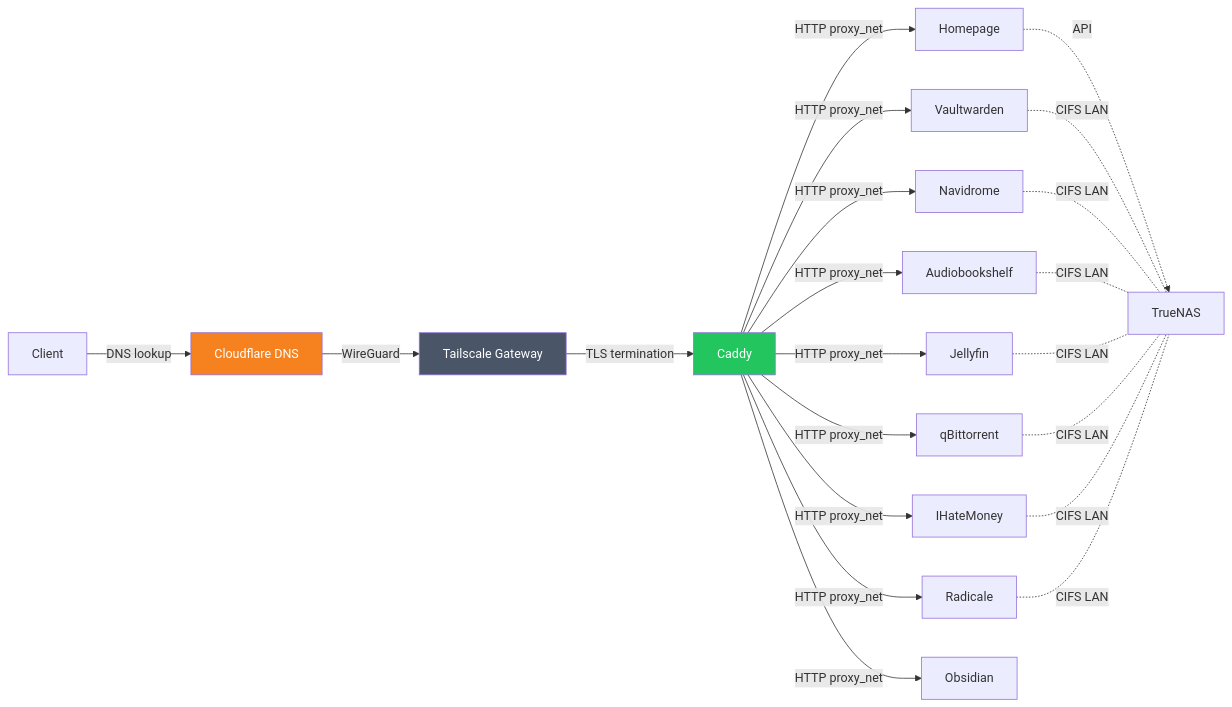
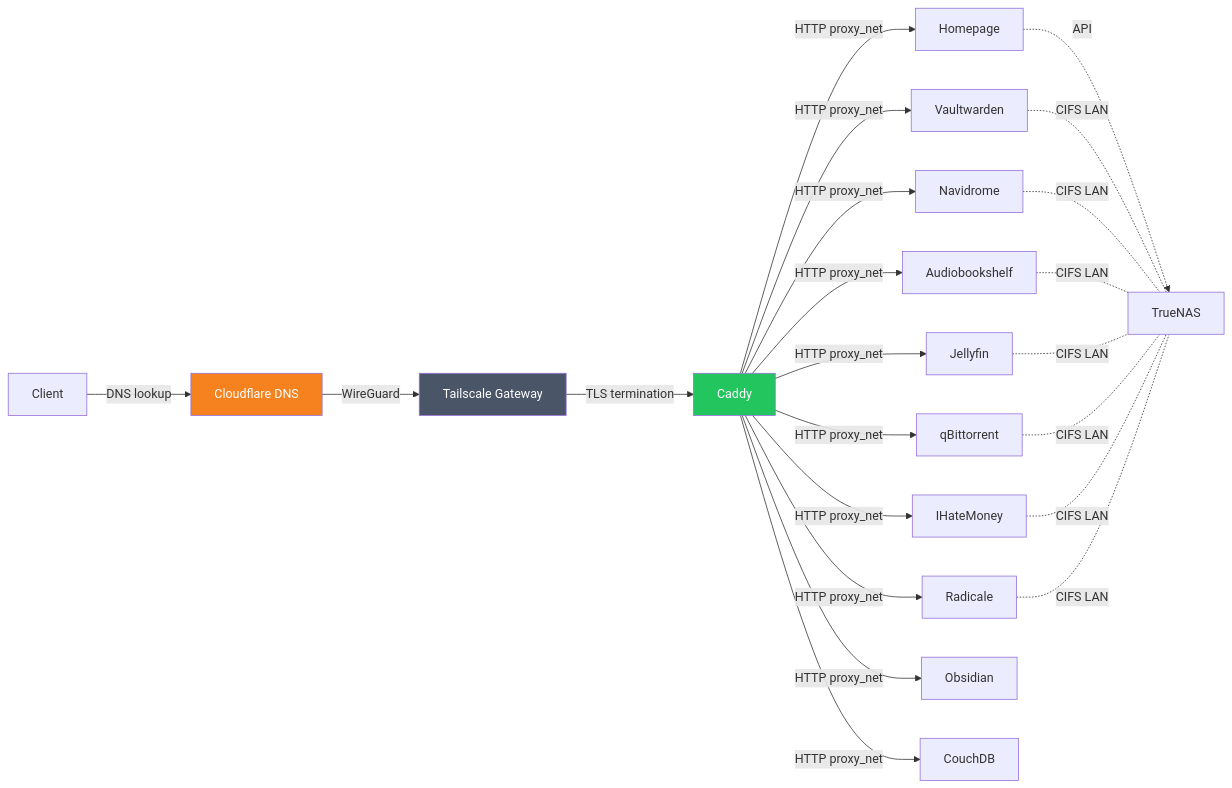
Before and after one commit to masolnada/homelab: the second of 2 diagrams in README.md, drawn with Mermaid. The commit also changed other lines of this file and 4 other files, not shown here.

````diff
--- a/README.md
+++ b/README.md
@@ -76,27 +78,28 @@
 ```mermaid
 graph LR
     Client -->|DNS lookup| CF[Cloudflare DNS]
     CF -->|WireGuard| TS[Tailscale Gateway]
     TS -->|TLS termination| Caddy
     Caddy -->|HTTP proxy_net| Homepage
     Caddy -->|HTTP proxy_net| Vaultwarden
     Caddy -->|HTTP proxy_net| Navidrome
     Caddy -->|HTTP proxy_net| Audiobookshelf
     Caddy -->|HTTP proxy_net| IHateMoney
     Caddy -->|HTTP proxy_net| Jellyfin
     Caddy -->|HTTP proxy_net| qBittorrent
     Caddy -->|HTTP proxy_net| Radicale
     Caddy -->|HTTP proxy_net| Obsidian
+    Caddy -->|HTTP proxy_net| CouchDB
     Homepage -.->|API| NAS[TrueNAS]
     Vaultwarden -.-|CIFS LAN| NAS
     Navidrome -.-|CIFS LAN| NAS
     Audiobookshelf -.-|CIFS LAN| NAS
     Jellyfin -.-|CIFS LAN| NAS
     qBittorrent -.-|CIFS LAN| NAS
     IHateMoney -.-|CIFS LAN| NAS
     Radicale -.-|CIFS LAN| NAS
 
     style CF fill:#f6821f,color:#fff
     style TS fill:#4a5568,color:#fff
     style Caddy fill:#22c55e,color:#fff
 ```
````
